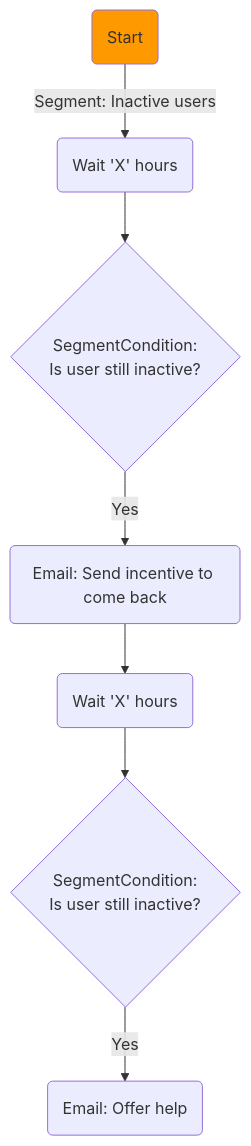
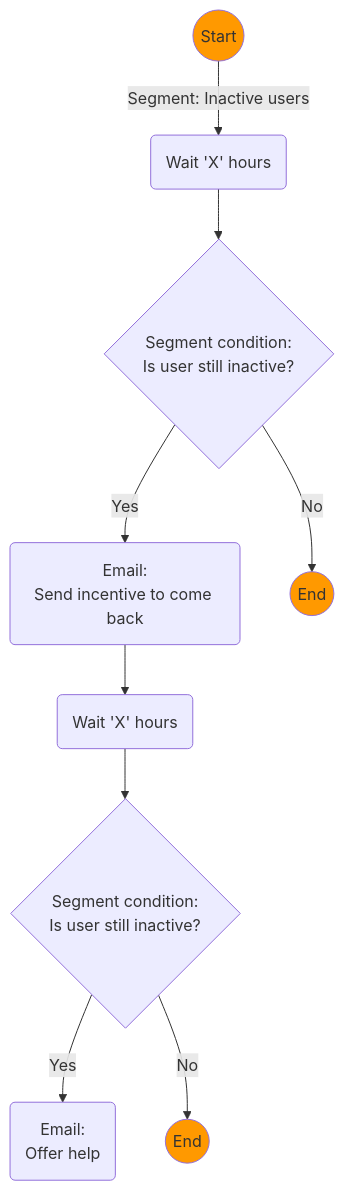
The diagram in content/pinpoint-journeys/activate-overview.md (Ryanjlowe/awsdue.tv), drawn with Mermaid before and after one commit. The commit also changed 2 other files, not shown here.

Commit message:
mermaid readability improvements

```diff
--- a/content/pinpoint-journeys/activate-overview.md
+++ b/content/pinpoint-journeys/activate-overview.md
@@ -10,13 +10,17 @@
 {{<mermaid align="center">}}
 graph TD;
 
-    10("Start")-- Segment: Inactive users --> 20("Wait 'X' hours")
-    20 --> 50{SegmentCondition:<br/>Is user still inactive?}
-    50 -- Yes --> 60("Email: Send incentive to come back")
+    A((Start)) -- Segment: Inactive users --> 20("Wait 'X' hours")
+    20 --> 50{Segment condition:<br/>Is user still inactive?}
+    50 -- Yes --> 60(Email:<br/>Send incentive to come back)
+    50 -- No --> 300((End))
     60 --> 70("Wait 'X' hours")
-    70 --> 80{SegmentCondition:<br/>Is user still inactive?}
-    80 -- Yes --> 90("Email: Offer help")
+    70 --> 80{Segment condition:<br/>Is user still inactive?}
+    80 -- Yes --> 90(Email:<br/>Offer help)
+    80 -- No --> 400((End))
     
-    style 10 fill:#FF9900
+    style A fill:#FF9900
+    style 300 fill:#FF9900
+    style 400 fill:#FF9900
     
 {{< /mermaid >}}
```
